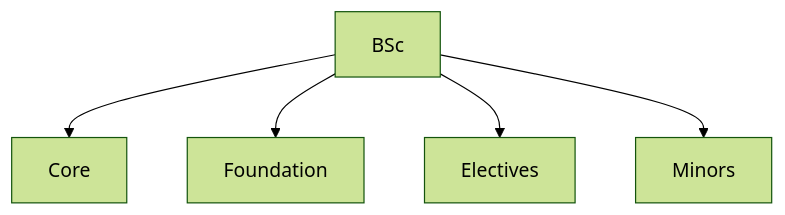
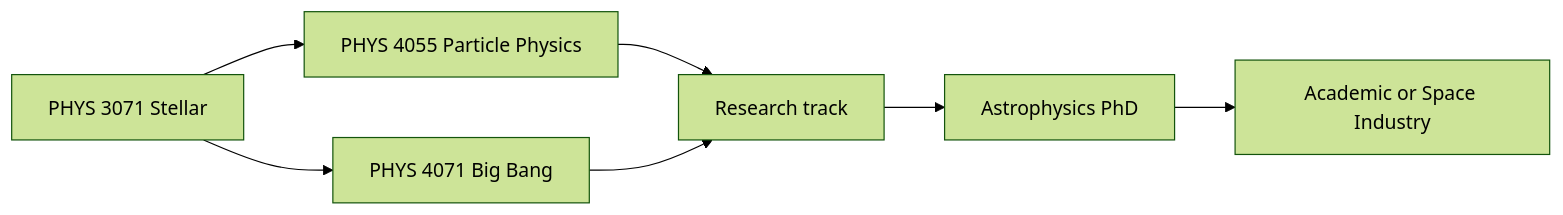
One commit to yip-lgtm/PhysicsSelfStudy changed the first of 6 diagrams in 01_BSc_Physics/electives/README.md. Above: the diagram before and after it, drawn with Mermaid (forest theme). The commit also changed other lines of this file and 4 other files, not shown here.

````diff
--- a/01_BSc_Physics/electives/README.md
+++ b/01_BSc_Physics/electives/README.md
@@ -123,7 +138,9 @@
 ```mermaid
-graph TD
-    A[BSc] --> B[Core]
-    A --> C[Foundation]
-    A --> D[Electives]
-    A --> E[Minors]
+graph LR
+    A[PHYS 3071 Stellar] --> B[PHYS 4055 Particle Physics]
+    A --> C[PHYS 4071 Big Bang]
+    B --> D[Research track]
+    C --> D
+    D --> E[Astrophysics PhD]
+    E --> F[Academic or Space Industry]
 ```
````
